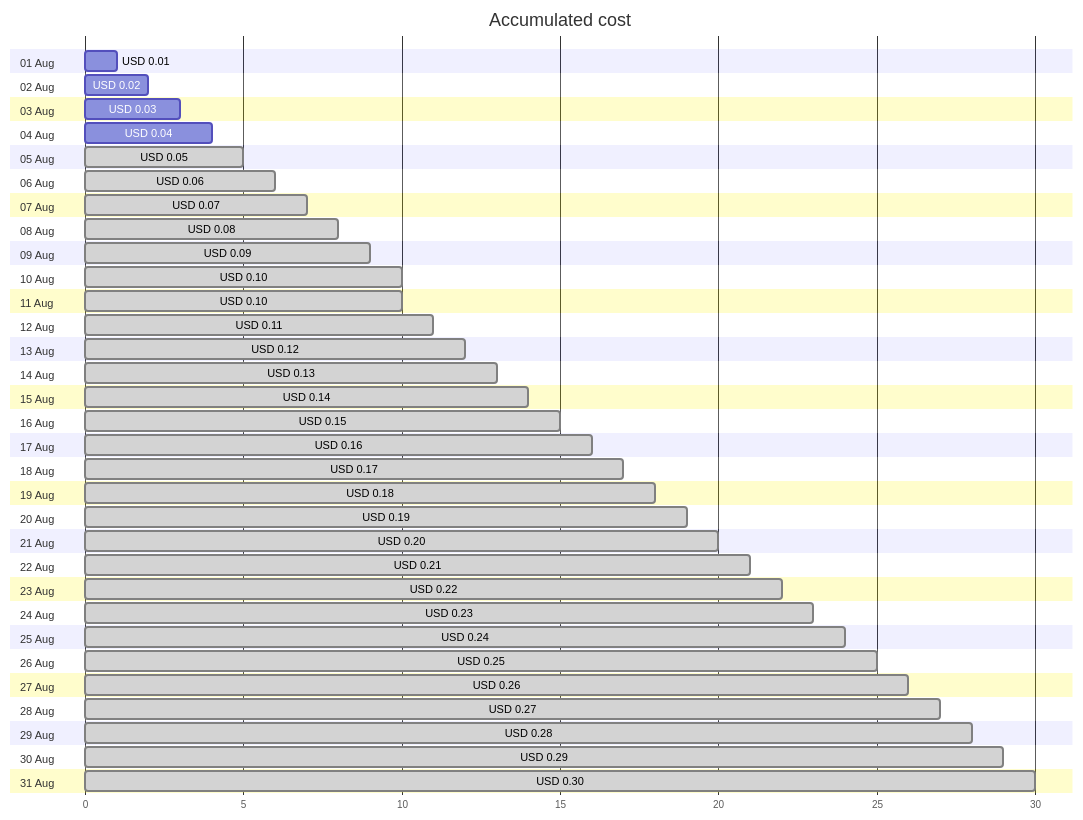
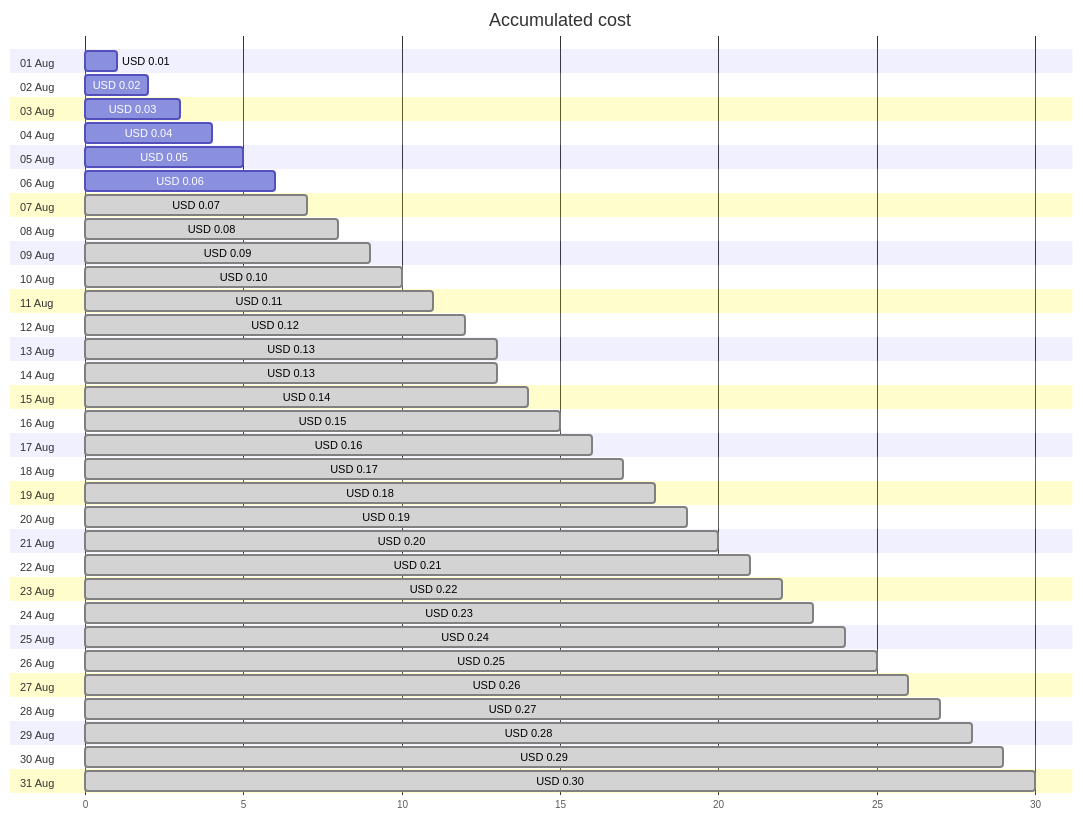
Before and after one commit to jpfulton/azure-personal-reports: the first of 4 diagrams in cost-reports/cloud-shell-storage-eastus/README.md, drawn with Mermaid. The commit also changed other lines of this file and 1 other file, not shown here.

````diff
--- a/cost-reports/cloud-shell-storage-eastus/README.md
+++ b/cost-reports/cloud-shell-storage-eastus/README.md
@@ -20,68 +20,68 @@
 ```mermaid
 gantt
    title Accumulated cost
    dateFormat  X
    axisFormat %s
    section 01 Aug
    USD 0.01 :0, 1
    section 02 Aug
    USD 0.02 :0, 2
    section 03 Aug
    USD 0.03 :0, 3
    section 04 Aug
    USD 0.04 :0, 4
    section 05 Aug
-   USD 0.05 : done, 0, 5
+   USD 0.05 :0, 5
    section 06 Aug
-   USD 0.06 : done, 0, 6
+   USD 0.06 :0, 6
    section 07 Aug
    USD 0.07 : done, 0, 7
    section 08 Aug
    USD 0.08 : done, 0, 8
    section 09 Aug
    USD 0.09 : done, 0, 9
    section 10 Aug
    USD 0.10 : done, 0, 10
    section 11 Aug
-   USD 0.10 : done, 0, 10
+   USD 0.11 : done, 0, 11
    section 12 Aug
-   USD 0.11 : done, 0, 11
+   USD 0.12 : done, 0, 12
    section 13 Aug
-   USD 0.12 : done, 0, 12
+   USD 0.13 : done, 0, 13
    section 14 Aug
    USD 0.13 : done, 0, 13
    section 15 Aug
    USD 0.14 : done, 0, 14
    section 16 Aug
    USD 0.15 : done, 0, 15
    section 17 Aug
    USD 0.16 : done, 0, 16
    section 18 Aug
    USD 0.17 : done, 0, 17
    section 19 Aug
    USD 0.18 : done, 0, 18
    section 20 Aug
    USD 0.19 : done, 0, 19
    section 21 Aug
    USD 0.20 : done, 0, 20
    section 22 Aug
    USD 0.21 : done, 0, 21
    section 23 Aug
    USD 0.22 : done, 0, 22
    section 24 Aug
    USD 0.23 : done, 0, 23
    section 25 Aug
    USD 0.24 : done, 0, 24
    section 26 Aug
    USD 0.25 : done, 0, 25
    section 27 Aug
    USD 0.26 : done, 0, 26
    section 28 Aug
    USD 0.27 : done, 0, 27
    section 29 Aug
    USD 0.28 : done, 0, 28
    section 30 Aug
    USD 0.29 : done, 0, 29
    section 31 Aug
    USD 0.30 : done, 0, 30
 ```
````
